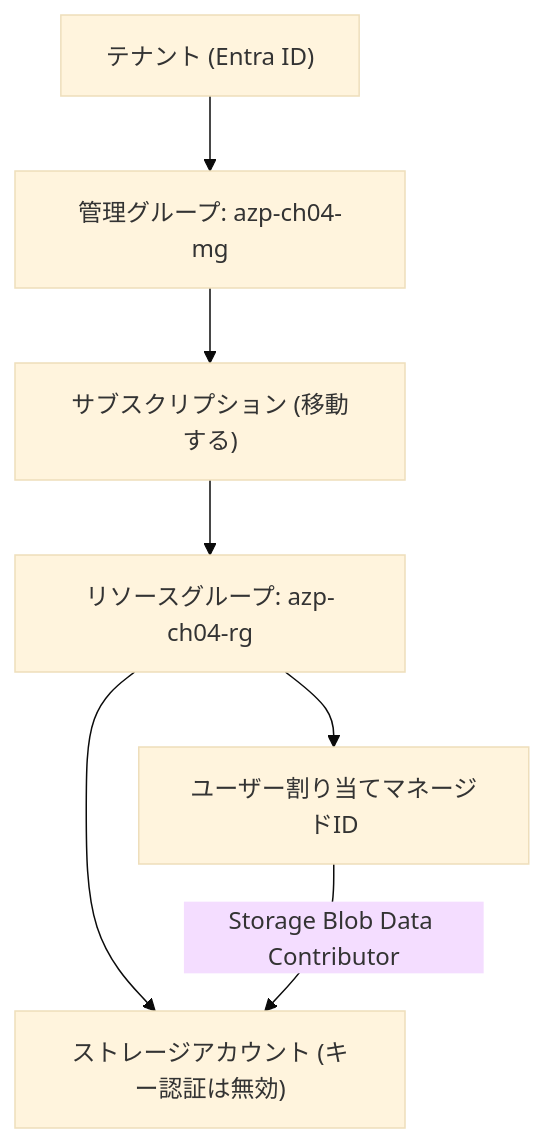
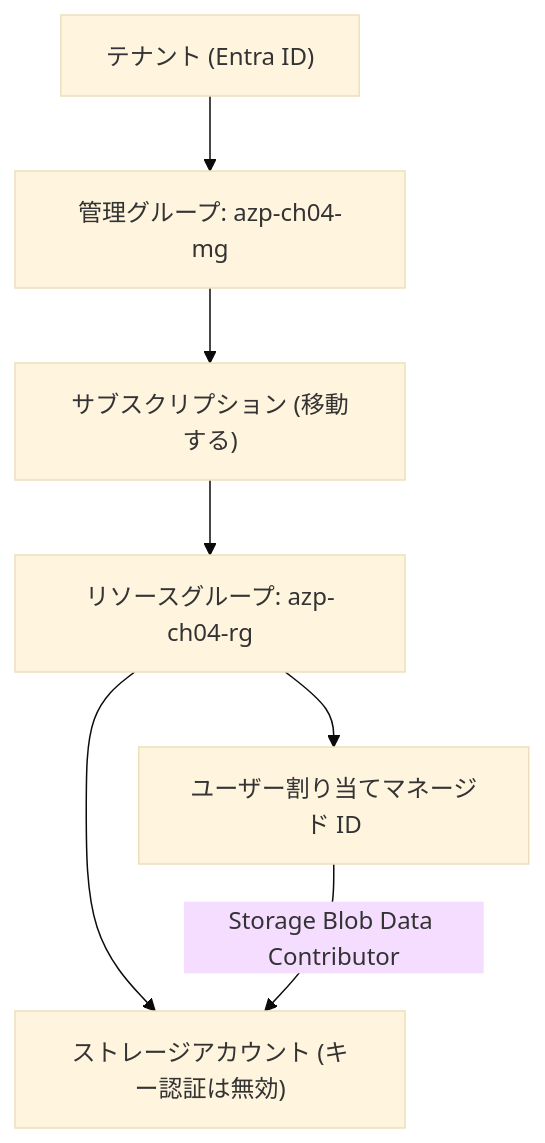
The diagram in manuscript/part1/04-hands-on-four-layers.md (engineers-hub-ltd-in-house-project/azure-practice), drawn with Mermaid (base theme) before and after one commit. The commit also changed other lines of this file and 32 other files, not shown here.

````diff
--- a/manuscript/part1/04-hands-on-four-layers.md
+++ b/manuscript/part1/04-hands-on-four-layers.md
@@ -9,10 +9,10 @@
 ```mermaid
 flowchart TB
   T["テナント (Entra ID)"]
   T --> MG["管理グループ: azp-ch04-mg"]
   MG --> SUB["サブスクリプション (移動する)"]
   SUB --> RG["リソースグループ: azp-ch04-rg"]
   RG --> ST["ストレージアカウント (キー認証は無効)"]
-  RG --> ID["ユーザー割り当てマネージドID"]
+  RG --> ID["ユーザー割り当てマネージド ID"]
   ID -->|"Storage Blob Data Contributor"| ST
 ```
````
